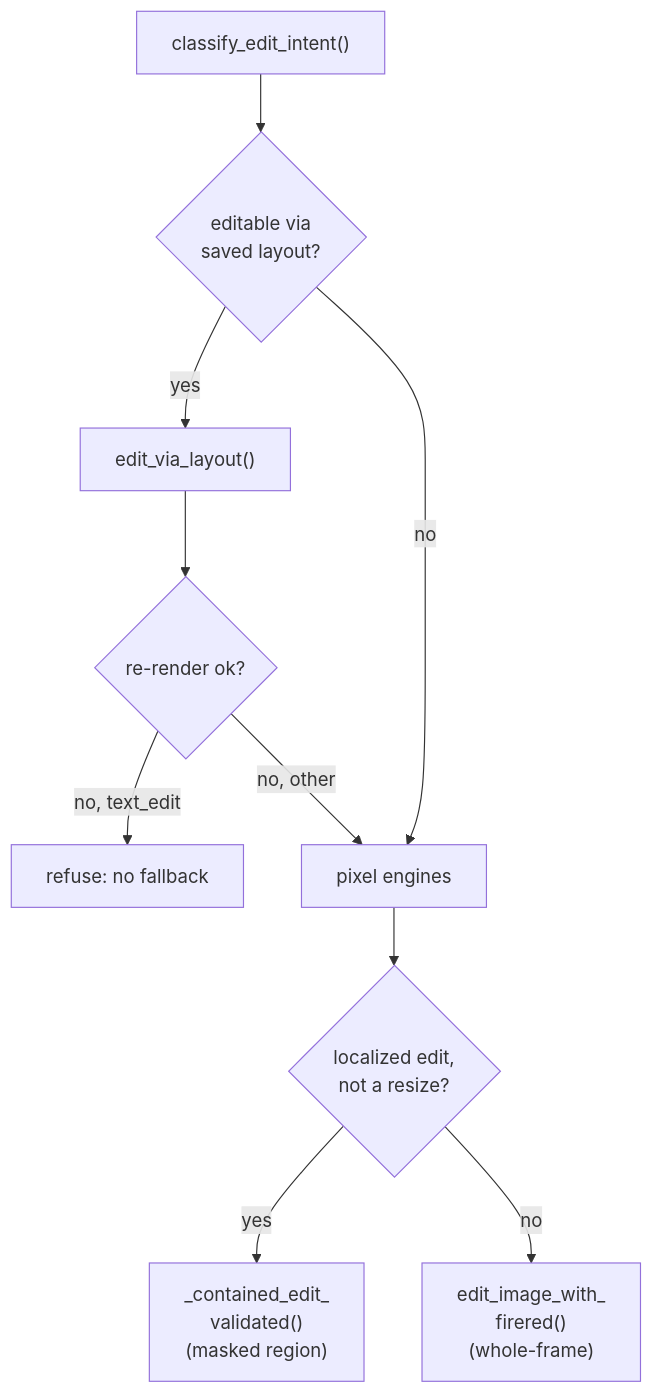
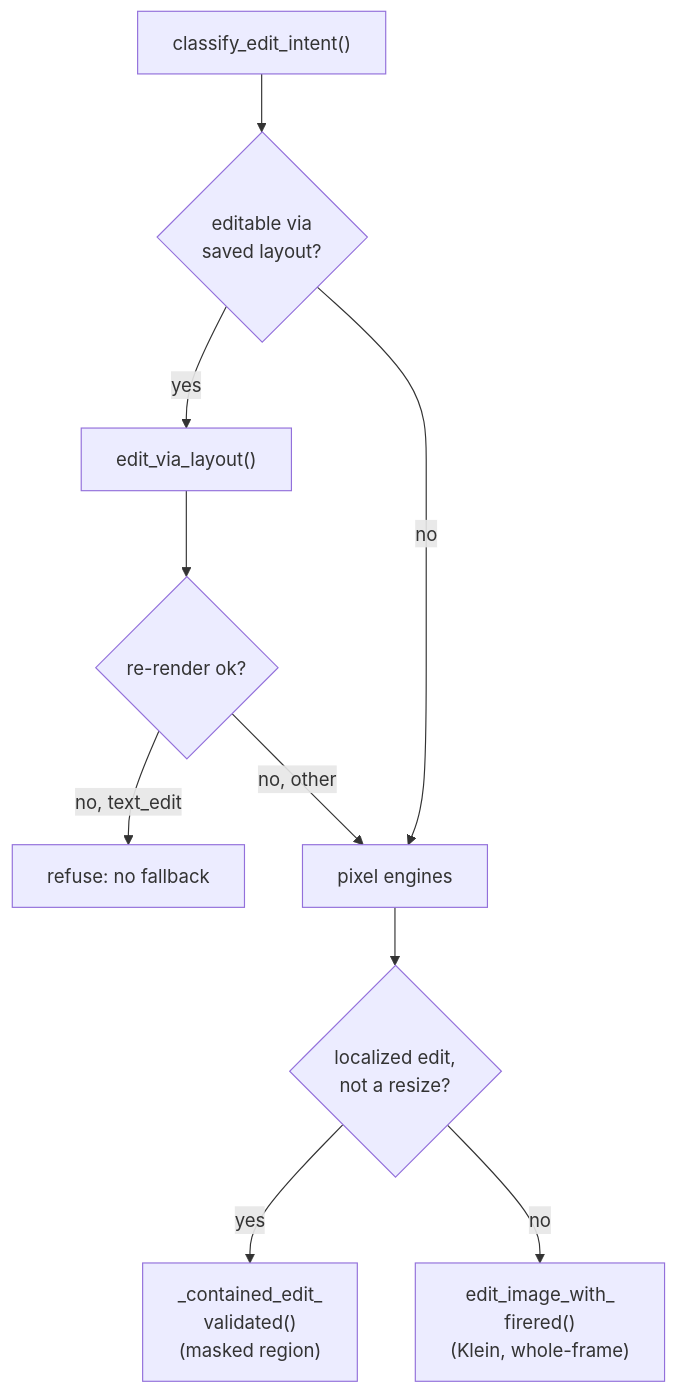
Before and after one commit to ArtemTopovi72/assistant-dc: the first of 3 diagrams in docs/wiki/imaging.md, drawn with Mermaid. The commit also changed other lines of this file and 1 other file, not shown here.

Commit message:
docs(wiki): imaging and bench describe the Klein engine

````diff
--- a/docs/wiki/imaging.md
+++ b/docs/wiki/imaging.md
@@ -47,14 +44,14 @@
 ```mermaid
 flowchart TD
     A["classify_edit_intent()"] --> B{"editable via<br/>saved layout?"}
     B -->|"yes"| C["edit_via_layout()"]
     C --> D{"re-render ok?"}
     D -->|"no, text_edit"| E["refuse: no fallback"]
     D -->|"no, other"| F["pixel engines"]
     B -->|"no"| F
     F --> G{"localized edit,<br/>not a resize?"}
     G -->|"yes"| H["_contained_edit_<br/>validated()<br/>(masked region)"]
-    G -->|"no"| I["edit_image_with_<br/>firered()<br/>(whole-frame)"]
+    G -->|"no"| I["edit_image_with_<br/>firered()<br/>(Klein, whole-frame)"]
     %% source: imaging/image_router.py (_route_edit_request, edit_via_layout,
     %% _contained_edit_validated), imaging/image.py (edit_image_with_firered)
 ```
````
